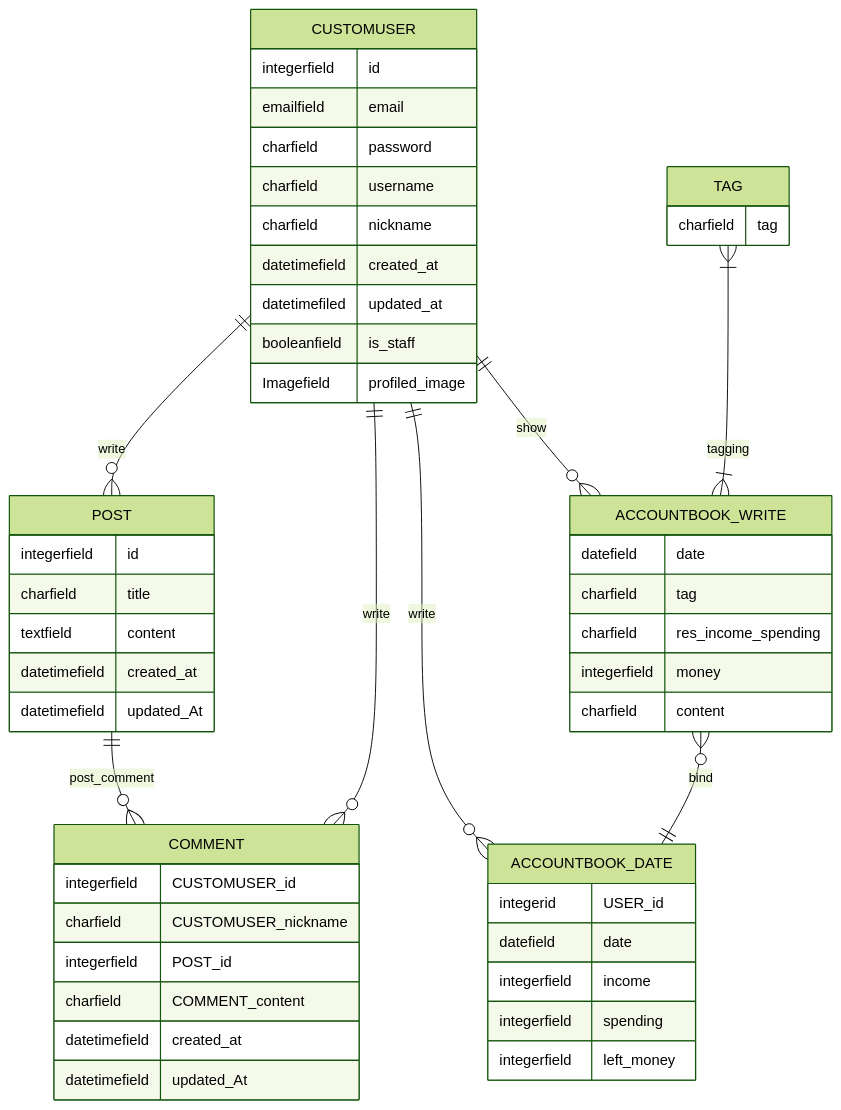
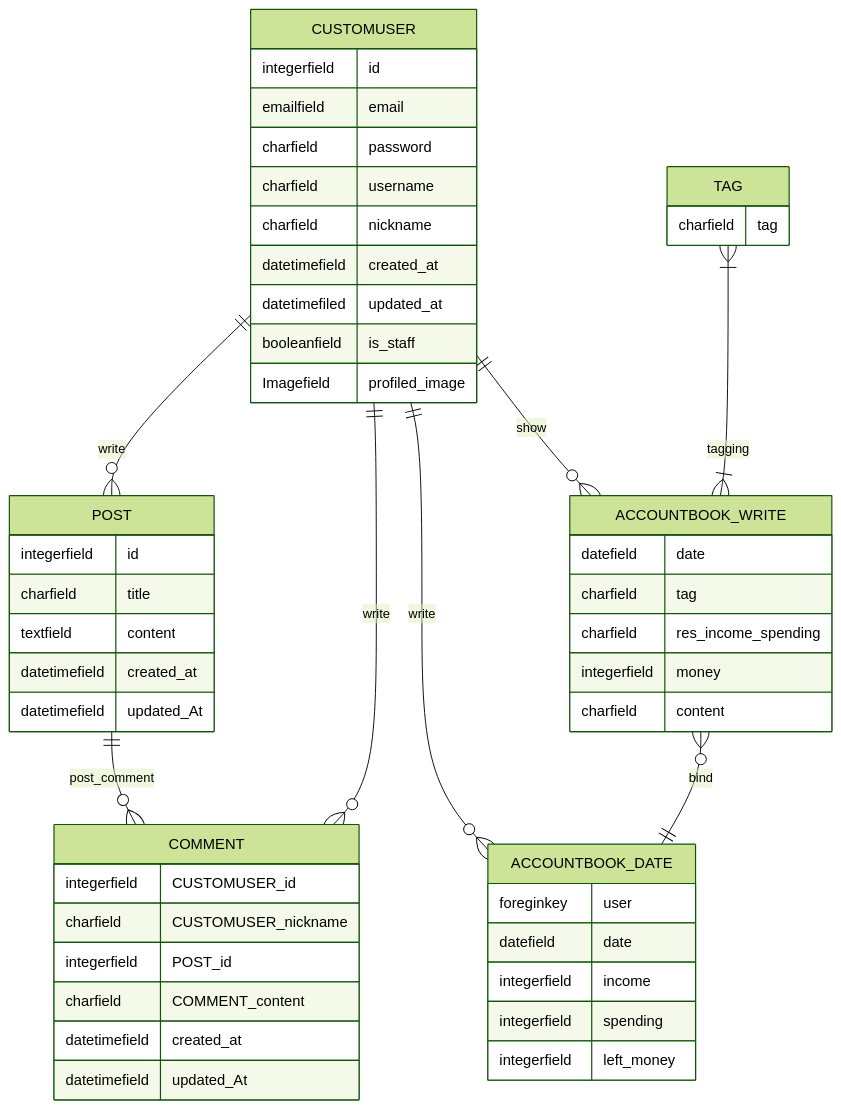
The diagram in erDiagram/accout-book.md (JaeYoung-Cho-95/account-back), drawn with Mermaid (forest theme) before and after one commit.

Commit message:
add. Make accoutbook calendar model

```diff
--- a/erDiagram/accout-book.md
+++ b/erDiagram/accout-book.md
@@ -1,61 +1,61 @@
 :::mermaid
 erDiagram
     CUSTOMUSER {
         integerfield id
         emailfield email
         charfield password
         charfield username
         charfield nickname
         datetimefield created_at
         datetimefiled updated_at
         booleanfield is_staff
         Imagefield profiled_image
     }
     
     ACCOUNTBOOK_DATE {
-        integerid USER_id
+        foreginkey user
         datefield date
         integerfield income 
         integerfield spending
         integerfield left_money
     }
 
     ACCOUNTBOOK_WRITE {
         datefield date
         charfield tag
         charfield res_income_spending
         integerfield money
         charfield content 
         
     }
 
     TAG {
         charfield tag
     }
 
     POST {
         integerfield id
         charfield title
         textfield content
         datetimefield created_at
         datetimefield updated_At
     }
 
     COMMENT {
         integerfield CUSTOMUSER_id
         charfield CUSTOMUSER_nickname
         integerfield POST_id
 
         charfield COMMENT_content
         datetimefield created_at
         datetimefield updated_At
     }
 
     CUSTOMUSER ||--o{ POST : "write"
     CUSTOMUSER ||--o{ COMMENT : "write"
     POST ||--o{ COMMENT : "post_comment"
     TAG }|--|{ ACCOUNTBOOK_WRITE : "tagging"
     CUSTOMUSER ||--o{ ACCOUNTBOOK_WRITE : "show"    
     ACCOUNTBOOK_WRITE }o--|| ACCOUNTBOOK_DATE : "bind"
     CUSTOMUSER ||--o{ACCOUNTBOOK_DATE : "write"
 :::
```
